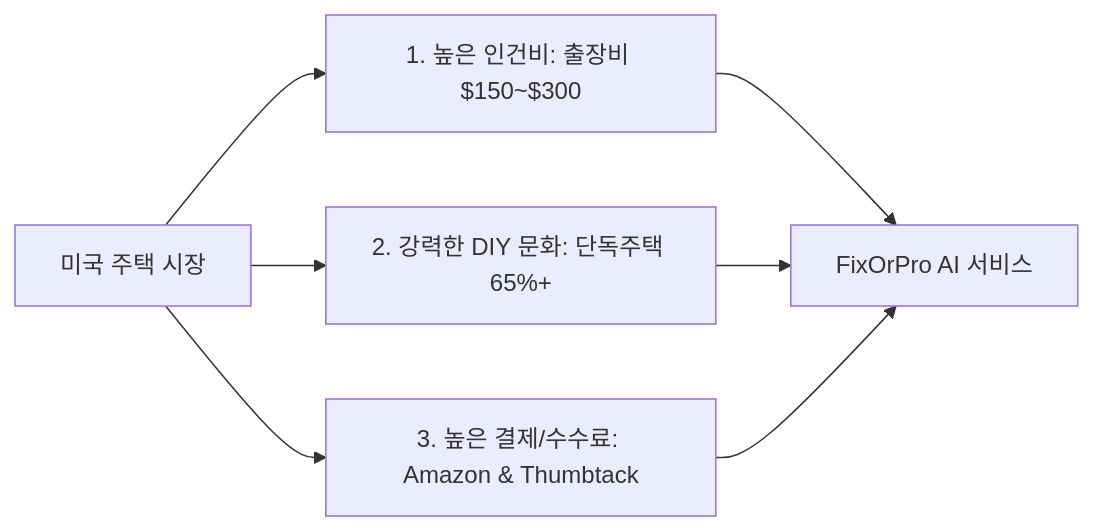
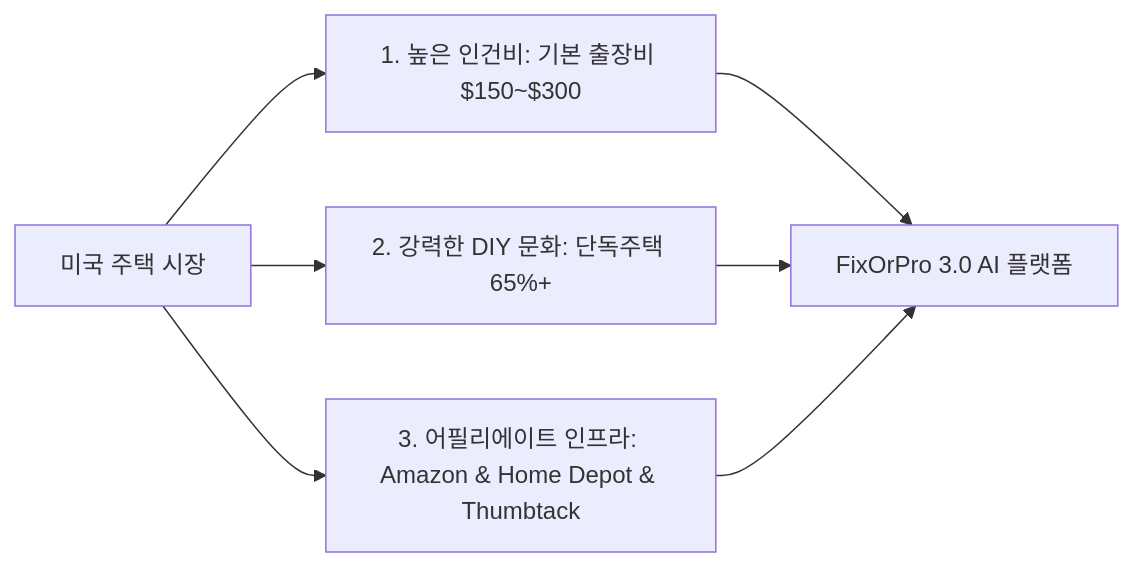
One commit to loveh2oandme-sudo/fixorpro changed the first of 3 diagrams in FixOrPro_AI_1인기업_집수리_진단서비스.md. Above: the diagram before and after it, drawn with Mermaid. The commit also changed other lines of this file, not shown here.

Commit message:
docs: update FixOrPro AI diagnostic service documentation

````diff
--- a/FixOrPro_AI_1인기업_집수리_진단서비스.md
+++ b/FixOrPro_AI_1인기업_집수리_진단서비스.md
@@ -26,7 +27,7 @@
 ```mermaid
 graph LR
-    A[미국 주택 시장] --> B[1. 높은 인건비: 출장비 $150~$300]
+    A[미국 주택 시장] --> B[1. 높은 인건비: 기본 출장비 $150~$300]
     A --> C[2. 강력한 DIY 문화: 단독주택 65%+]
-    A --> D[3. 높은 결제/수수료: Amazon & Thumbtack]
-    B & C & D --> E[FixOrPro AI 서비스]
+    A --> D[3. 어필리에이트 인프라: Amazon & Home Depot & Thumbtack]
+    B & C & D --> E[FixOrPro 3.0 AI 플랫폼]
 ```
````
